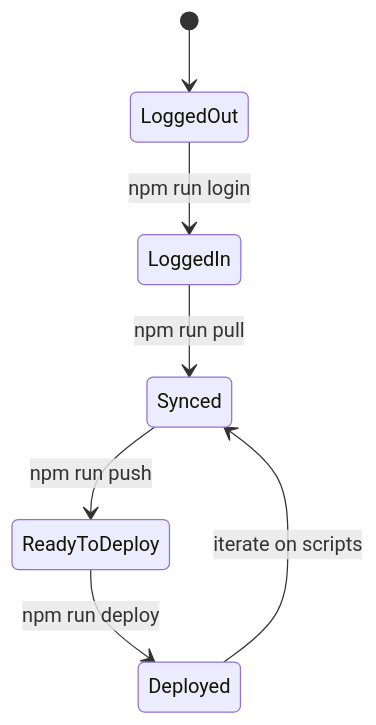
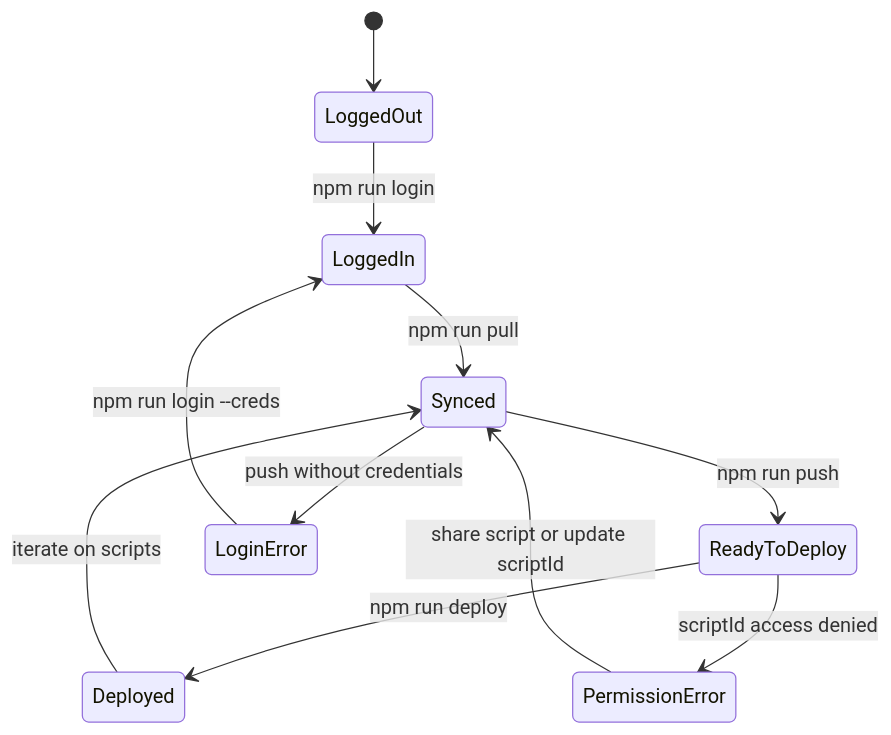
Before and after one commit to muyueh/hello-claps: the second of 5 diagrams in README.md, drawn with Mermaid. The commit also changed other lines of this file and 1 other file, not shown here.

````diff
--- a/README.md
+++ b/README.md
@@ -11,9 +20,13 @@
 ```mermaid
 stateDiagram-v2
   [*] --> LoggedOut
   LoggedOut --> LoggedIn: npm run login
   LoggedIn --> Synced: npm run pull
   Synced --> ReadyToDeploy: npm run push
   ReadyToDeploy --> Deployed: npm run deploy
   Deployed --> Synced: iterate on scripts
+  Synced --> LoginError: push without credentials
+  LoginError --> LoggedIn: npm run login --creds <file>
+  ReadyToDeploy --> PermissionError: scriptId access denied
+  PermissionError --> Synced: share script or update scriptId
 ```
````
